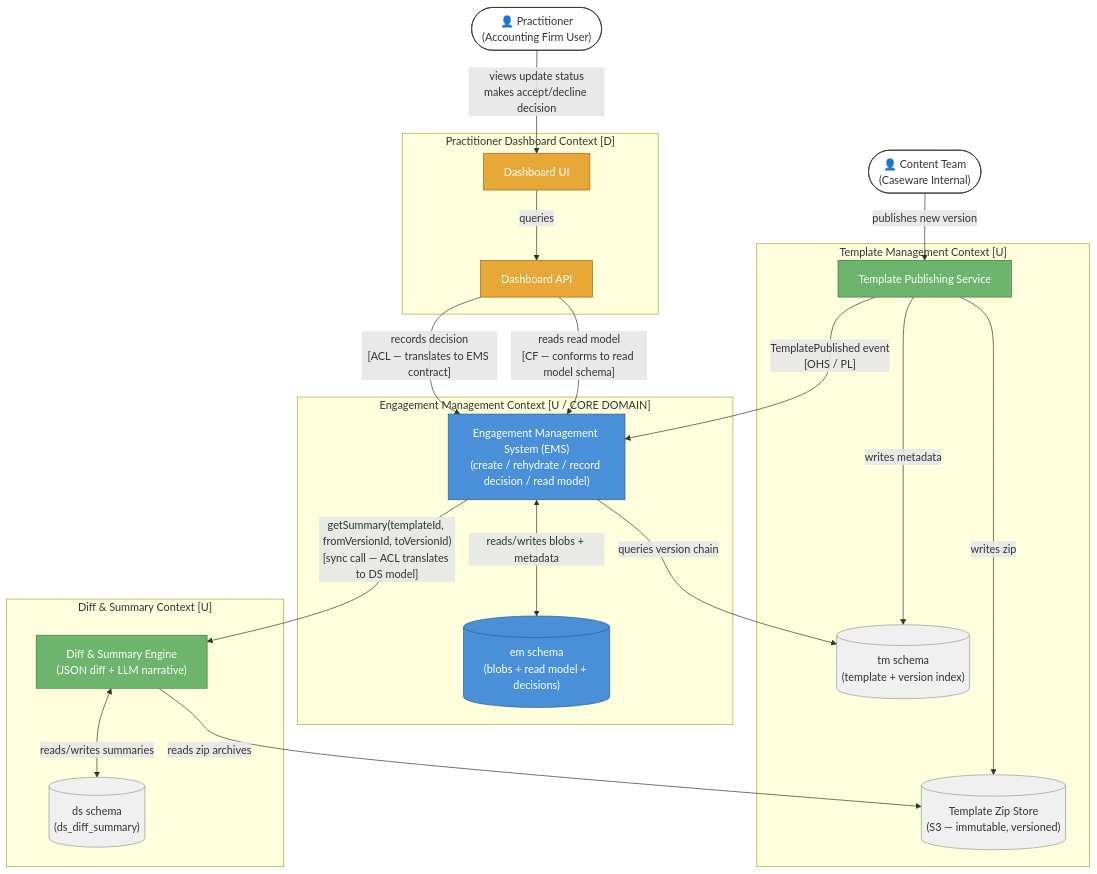
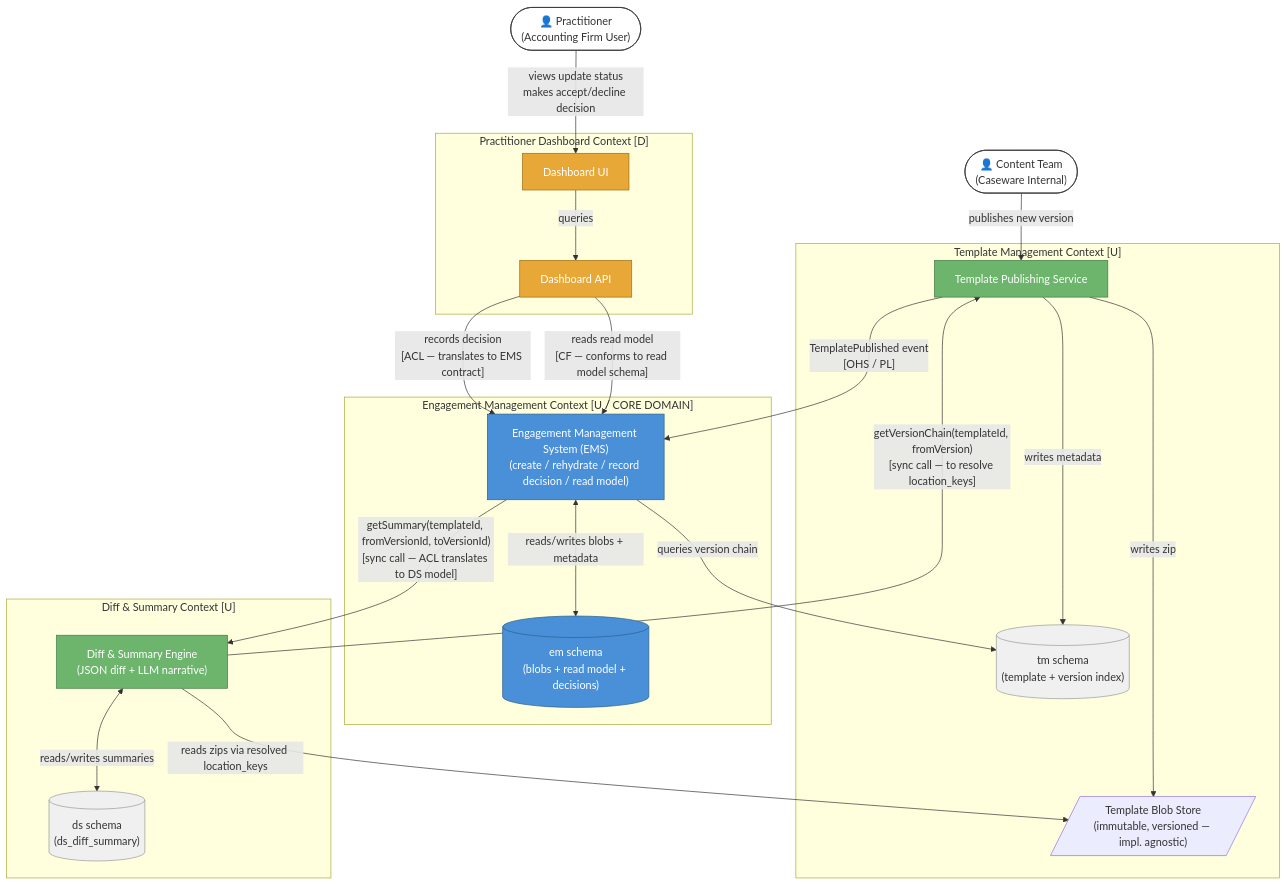
Before and after one commit to jose-foronda/caseware_test_2026_09: the diagram in architecture/context-map.md, drawn with Mermaid. The commit also changed 3 other files, not shown here.

````diff
--- a/architecture/context-map.md
+++ b/architecture/context-map.md
@@ -26,68 +26,69 @@
 ```mermaid
 graph TD
 
     %% ─── External Actors ────────────────────────────────────────────────
     ContentTeam(["👤 Content Team\n(Caseware Internal)"])
     Practitioner(["👤 Practitioner\n(Accounting Firm User)"])
 
     %% ─── Bounded Contexts ───────────────────────────────────────────────
 
     subgraph TM["Template Management Context [U]"]
         TPS["Template Publishing Service"]
         TemplateDB[("tm schema\n(template + version index)")]
-        TemplateS3[("Template Zip Store\n(S3 — immutable, versioned)")]
+        BlobStore[/"Template Blob Store\n(immutable, versioned — impl. agnostic)"/]
     end
 
     subgraph EM["Engagement Management Context [U / CORE DOMAIN]"]
         EMS["Engagement Management System (EMS)\n(create / rehydrate / record decision / read model)"]
         EngagementDB[("em schema\n(blobs + read model + decisions)")]
     end
 
     subgraph DS["Diff & Summary Context [U]"]
         DiffEngine["Diff & Summary Engine\n(JSON diff + LLM narrative)"]
         SummaryStore[("ds schema\n(ds_diff_summary)")]
     end
 
     subgraph Dashboard["Practitioner Dashboard Context [D]"]
         DashboardAPI["Dashboard API"]
         DashboardUI["Dashboard UI"]
     end
 
     %% ─── Relationships ───────────────────────────────────────────────────
 
     %% Content team publishes templates
     ContentTeam -->|"publishes new version"| TPS
-    TPS -->|"writes zip"| TemplateS3
+    TPS -->|"writes zip"| BlobStore
     TPS -->|"writes metadata"| TemplateDB
     TPS -->|"TemplatePublished event\n[OHS / PL]"| EMS
 
     %% EMS owns engagement lifecycle and read model
     EMS <-->|"reads/writes blobs + metadata"| EngagementDB
     EMS -->|"queries version chain"| TemplateDB
 
     %% EMS requests diff summaries
     EMS -->|"getSummary(templateId, fromVersionId, toVersionId)\n[sync call — ACL translates to DS model]"| DiffEngine
 
     %% Diff & Summary is upstream to EMS
-    DiffEngine -->|"reads zip archives"| TemplateS3
+    DiffEngine -->|"getVersionChain(templateId, fromVersion)\n[sync call — to resolve location_keys]"| TPS
+    DiffEngine -->|"reads zips via resolved location_keys"| BlobStore
     DiffEngine <-->|"reads/writes summaries"| SummaryStore
 
     %% Practitioner interacts with Dashboard
     Practitioner -->|"views update status\nmakes accept/decline decision"| DashboardUI
     DashboardUI -->|"queries"| DashboardAPI
     DashboardAPI -->|"reads read model\n[CF — conforms to read model schema]"| EMS
     DashboardAPI -->|"records decision\n[ACL — translates to EMS contract]"| EMS
 
     %% ─── Styles ──────────────────────────────────────────────────────────
     classDef core        fill:#4a90d9,stroke:#2c5f8a,color:#fff
     classDef upstream    fill:#6db56d,stroke:#3d7a3d,color:#fff
     classDef downstream  fill:#e8a838,stroke:#a06a10,color:#fff
     classDef store       fill:#f0f0f0,stroke:#999,color:#333
     classDef actor       fill:#fff,stroke:#333,color:#333
 
     class EMS,EngagementDB core
     class TPS,DiffEngine upstream
     class DashboardAPI,DashboardUI downstream
     class TemplateDB,TemplateS3,SummaryStore store
     class ContentTeam,Practitioner actor
 ```
````
